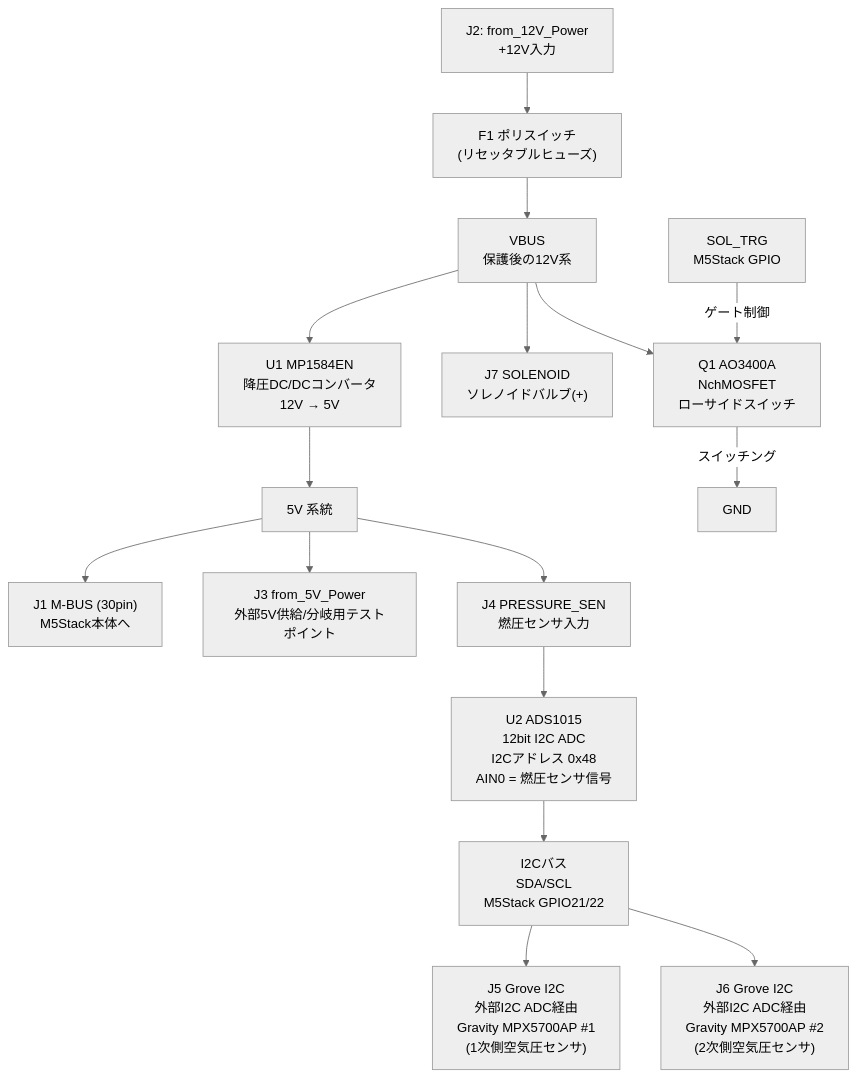
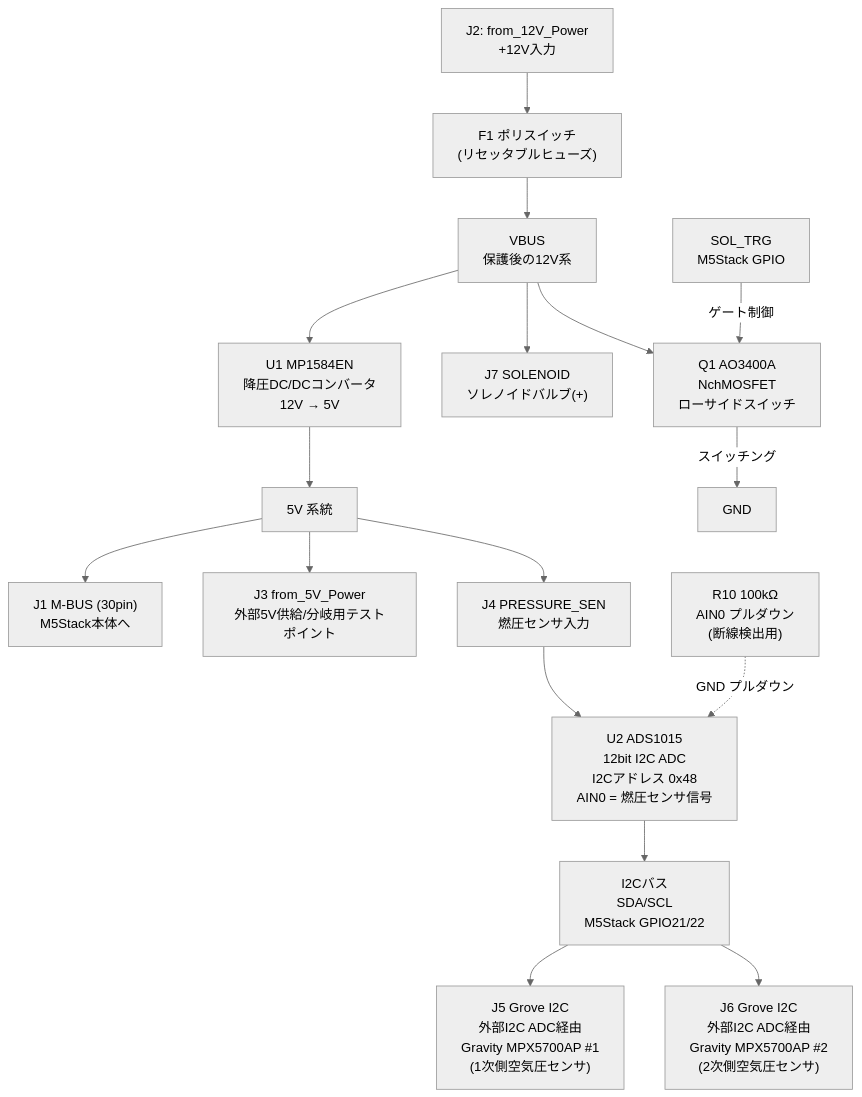
One commit to todateman/Chibi-T_Furoshiki_AutoAirAdjust_PCB changed the diagram in README.md. Above: the diagram before and after it, drawn with Mermaid (neutral theme). The commit also changed other lines of this file and 9 other files, not shown here.

````diff
--- a/README.md
+++ b/README.md
@@ -20,34 +20,36 @@
 ```mermaid
 flowchart TD
     J2["J2: from_12V_Power\n+12V入力"]
     F1["F1 ポリスイッチ\n(リセッタブルヒューズ)"]
     VBUS["VBUS\n保護後の12V系"]
     U1["U1 MP1584EN\n降圧DC/DCコンバータ\n12V → 5V"]
     V5["5V 系統"]
     J1["J1 M-BUS (30pin)\nM5Stack本体へ"]
     J3["J3 from_5V_Power\n外部5V供給/分岐用テストポイント"]
     J4["J4 PRESSURE_SEN\n燃圧センサ入力"]
+    R10["R10 100kΩ\nAIN0 プルダウン\n(断線検出用)"]
     U2["U2 ADS1015\n12bit I2C ADC\nI2Cアドレス 0x48\nAIN0 = 燃圧センサ信号"]
     I2C["I2Cバス\nSDA/SCL\nM5Stack GPIO21/22"]
     J5["J5 Grove I2C\n外部I2C ADC経由\nGravity MPX5700AP #1\n(1次側空気圧センサ)"]
     J6["J6 Grove I2C\n外部I2C ADC経由\nGravity MPX5700AP #2\n(2次側空気圧センサ)"]
     Q1["Q1 AO3400A\nNchMOSFET\nローサイドスイッチ"]
     SOL_TRG["SOL_TRG\nM5Stack GPIO"]
     J7["J7 SOLENOID\nソレノイドバルブ(+)"]
 
     J2 --> F1 --> VBUS
     VBUS --> U1 --> V5
     VBUS --> J7
     VBUS --> Q1
     SOL_TRG -->|ゲート制御| Q1
     Q1 -->|スイッチング| GND
 
     V5 --> J1
     V5 --> J3
     V5 --> J4
 
     J4 --> U2
+    R10 -.->|GND プルダウン| U2
     U2 --> I2C
     I2C --> J5
     I2C --> J6
 ```
````
